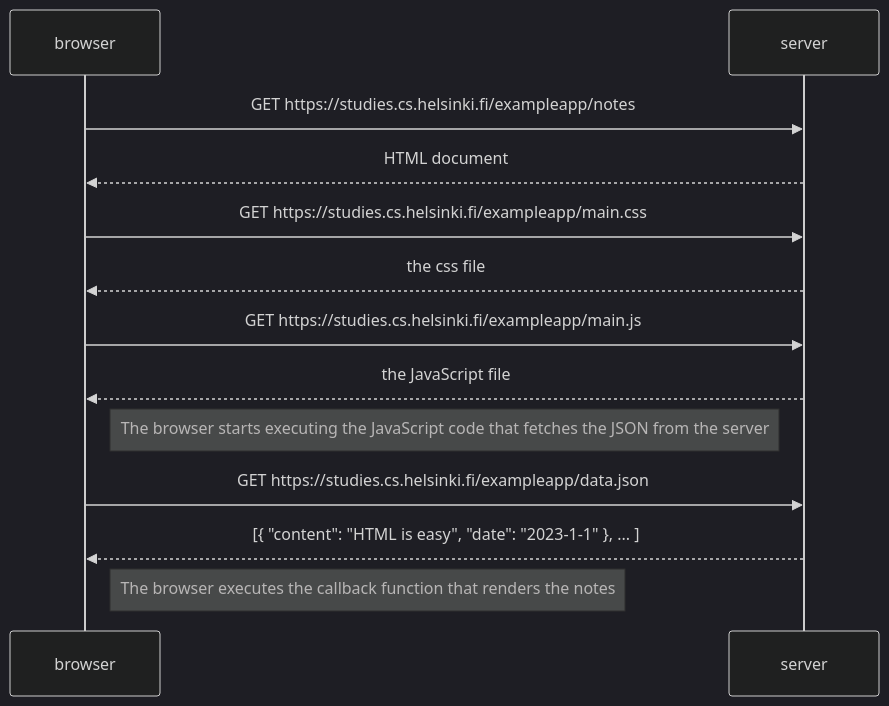
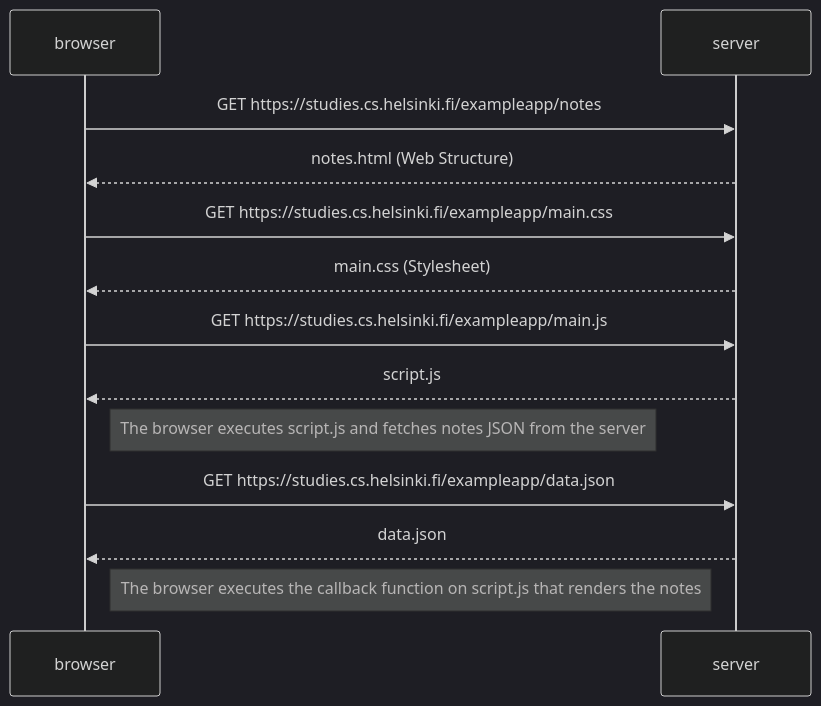
Before and after one commit to fecfecfec/fullstackopen-helsinki: the diagram in part0/05-Single page app diagram.md, drawn with Mermaid (dark theme).

Commit message:
Slight changes to first sequence.

````diff
--- a/part0/05-Single page app diagram.md
+++ b/part0/05-Single page app diagram.md
@@ -1,21 +1,21 @@
 ```mermaid
 sequenceDiagram
     participant browser
     participant server
 
     browser->>server: GET https://studies.cs.helsinki.fi/exampleapp/notes
-    server-->>browser: HTML document
+    server-->>browser: notes.html (Web Structure)
 
     browser->>server: GET https://studies.cs.helsinki.fi/exampleapp/main.css
-    server-->>browser: the css file
+    server-->>browser: main.css (Stylesheet)
 
     browser->>server: GET https://studies.cs.helsinki.fi/exampleapp/main.js
-    server-->>browser: the JavaScript file
+    server-->>browser: script.js
 
-    Note right of browser: The browser starts executing the JavaScript code that fetches the JSON from the server
+    Note right of browser: The browser executes script.js and fetches notes JSON from the server
 
     browser->>server: GET https://studies.cs.helsinki.fi/exampleapp/data.json
-    server-->>browser: [{ "content": "HTML is easy", "date": "2023-1-1" }, ... ]
+    server-->>browser: data.json
 
-    Note right of browser: The browser executes the callback function that renders the notes
+    Note right of browser: The browser executes the callback function on script.js that renders the notes
 ```
````
